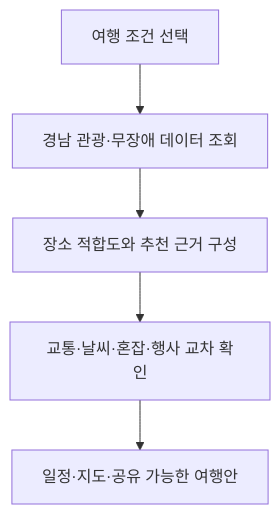
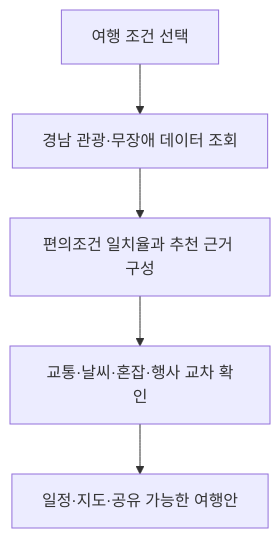
One commit to jeongiryang/wave-barrier-free-gyeongnam changed the first of 2 diagrams in README.md. Above: the diagram before and after it, drawn with Mermaid. The commit also changed other lines of this file and 8 other files, not shown here.

````diff
--- a/README.md
+++ b/README.md
@@ -61,7 +61,7 @@
 ```mermaid
 flowchart TB
   A[여행 조건 선택] --> B[경남 관광·무장애 데이터 조회]
-  B --> C[장소 적합도와 추천 근거 구성]
+  B --> C[편의조건 일치율과 추천 근거 구성]
   C --> D[교통·날씨·혼잡·행사 교차 확인]
   D --> E[일정·지도·공유 가능한 여행안]
 ```
````
